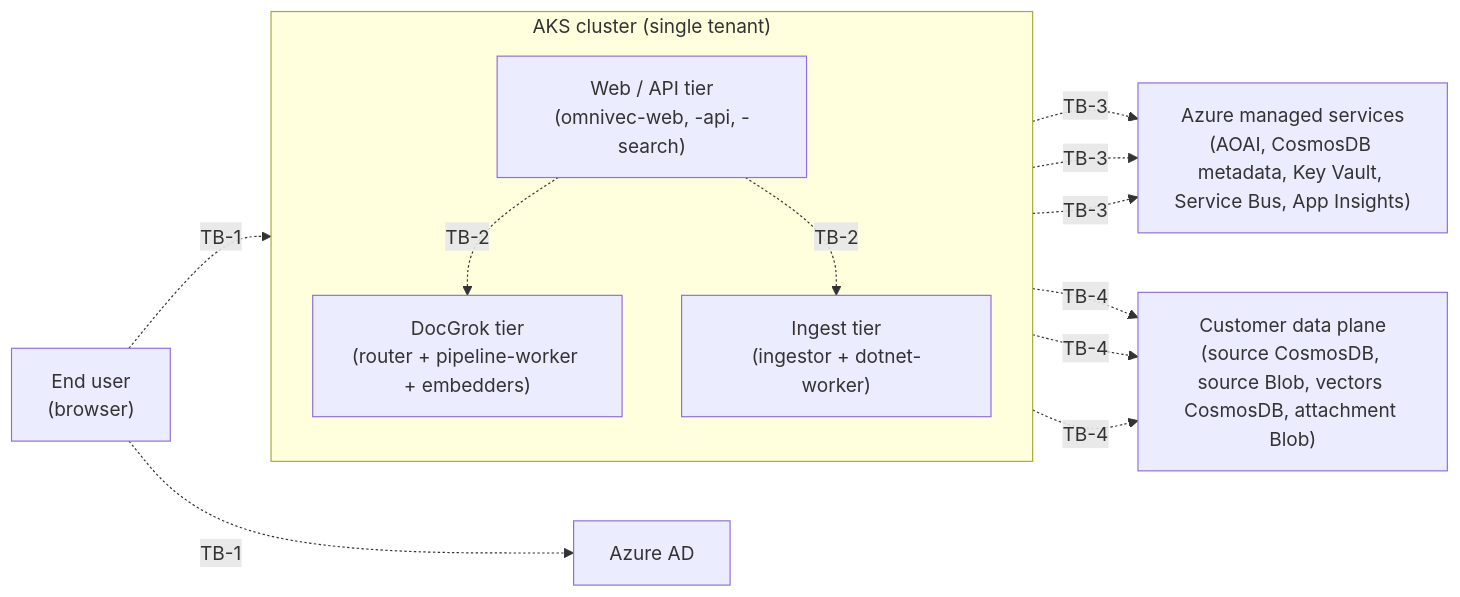
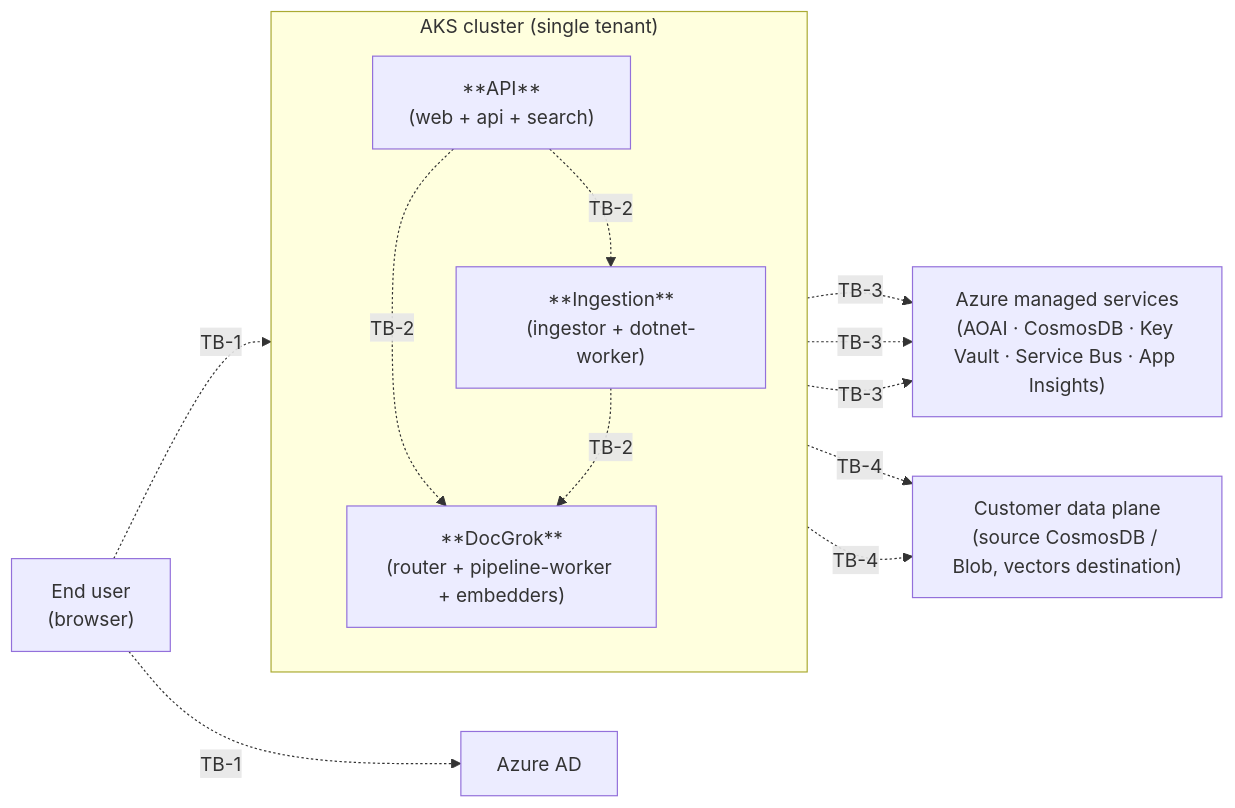
The first of 2 diagrams in docs/security/threat-model.md (AzureCosmosDB/OmniVec), drawn with Mermaid before and after one commit. The commit also changed other lines of this file, not shown here.

First line of the commit message:
security(threat-model): collapse main DFD to 3 components (API / DocGrok / Ingestion)

````diff
--- a/docs/security/threat-model.md
+++ b/docs/security/threat-model.md
@@ -38,26 +38,26 @@
 ```mermaid
 flowchart LR
   user["End user<br/>(browser)"]
   aad["Azure AD"]
 
   subgraph cluster["AKS cluster (single tenant)"]
     direction TB
-    webtier["Web / API tier<br/>(omnivec-web, -api, -search)"]
-    docgrok["DocGrok tier<br/>(router + pipeline-worker + embedders)"]
-    ingest["Ingest tier<br/>(ingestor + dotnet-worker)"]
+    api["**API**<br/>(web + api + search)"]
+    docgrok["**DocGrok**<br/>(router + pipeline-worker + embedders)"]
+    ingest["**Ingestion**<br/>(ingestor + dotnet-worker)"]
   end
 
-  azure["Azure managed services<br/>(AOAI, CosmosDB metadata, Key Vault, Service Bus, App Insights)"]
-  customer["Customer data plane<br/>(source CosmosDB, source Blob, vectors CosmosDB, attachment Blob)"]
+  azure["Azure managed services<br/>(AOAI · CosmosDB · Key Vault · Service Bus · App Insights)"]
+  customer["Customer data plane<br/>(source CosmosDB / Blob, vectors destination)"]
 
-  user -. TB-1 .-> webtier
+  user -. TB-1 .-> api
   user -. TB-1 .-> aad
-  webtier -. TB-2 .-> docgrok
-  webtier -. TB-2 .-> ingest
-  webtier -. TB-3 .-> azure
+  api -. TB-2 .-> docgrok
+  api -. TB-2 .-> ingest
+  ingest -. TB-2 .-> docgrok
+  api -. TB-3 .-> azure
   docgrok -. TB-3 .-> azure
   ingest -. TB-3 .-> azure
   ingest -. TB-4 .-> customer
   docgrok -. TB-4 .-> customer
-  webtier -. TB-4 .-> customer
 ```
````
